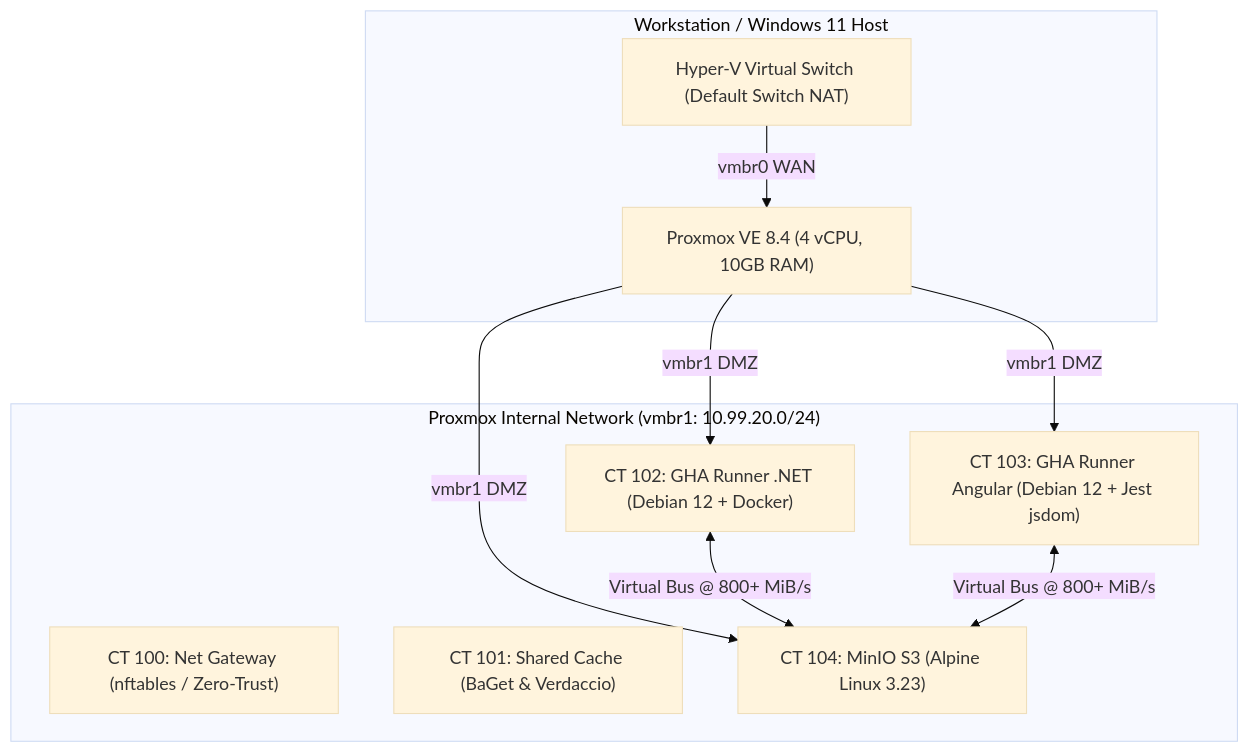
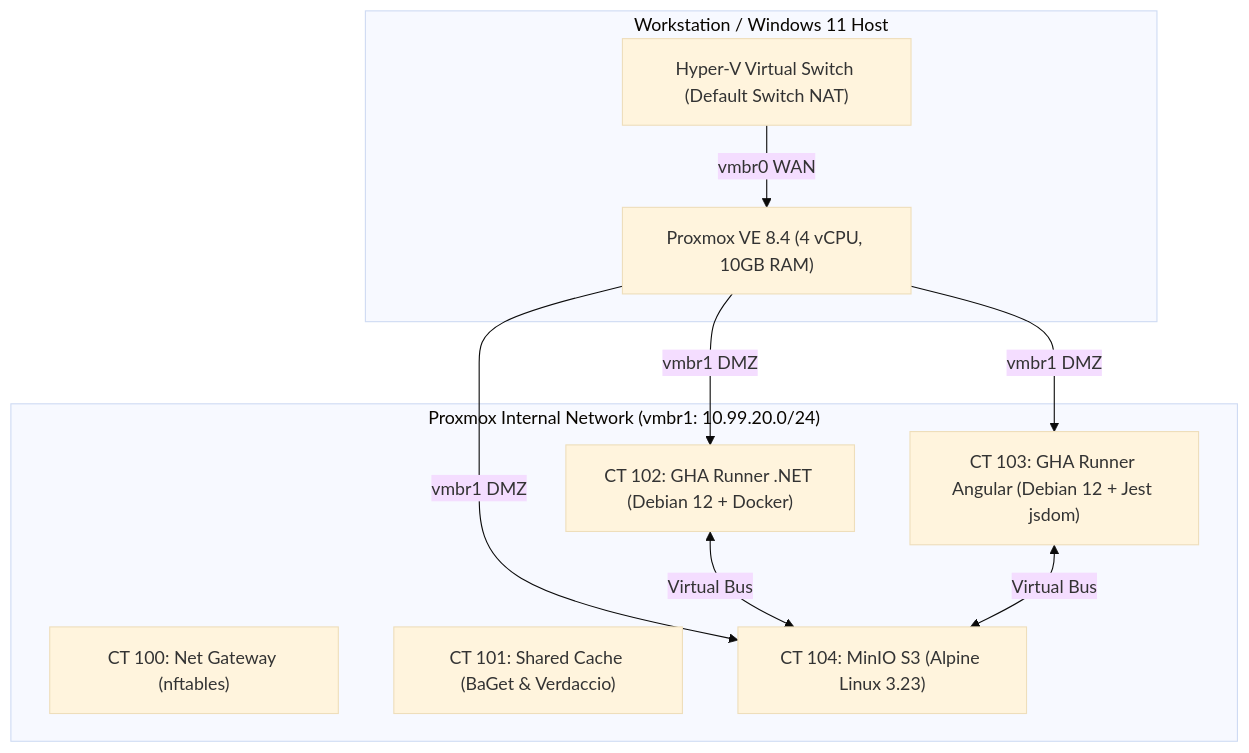
The diagram in wiki/Home.md (ugritchaichana/booth-homelab), drawn with Mermaid (base theme) before and after one commit. The commit also changed other lines of this file and 9 other files, not shown here.

````diff
--- a/wiki/Home.md
+++ b/wiki/Home.md
@@ -22,22 +22,22 @@
 ```mermaid
 graph TD
     subgraph Host ["Workstation / Windows 11 Host"]
         HV["Hyper-V Virtual Switch (Default Switch NAT)"]
         PVE["Proxmox VE 8.4 (4 vCPU, 10GB RAM)"]
     end
 
     subgraph Proxmox ["Proxmox Internal Network (vmbr1: 10.99.20.0/24)"]
-        CT100["CT 100: Net Gateway (nftables / Zero-Trust)"]
+        CT100["CT 100: Net Gateway (nftables)"]
         CT101["CT 101: Shared Cache (BaGet & Verdaccio)"]
         CT102["CT 102: GHA Runner .NET (Debian 12 + Docker)"]
         CT103["CT 103: GHA Runner Angular (Debian 12 + Jest jsdom)"]
         CT104["CT 104: MinIO S3 (Alpine Linux 3.23)"]
     end
 
     HV -->|vmbr0 WAN| PVE
     PVE -->|vmbr1 DMZ| CT102
     PVE -->|vmbr1 DMZ| CT103
     PVE -->|vmbr1 DMZ| CT104
-    CT102 <-->|Virtual Bus @ 800+ MiB/s| CT104
-    CT103 <-->|Virtual Bus @ 800+ MiB/s| CT104
+    CT102 <-->|Virtual Bus| CT104
+    CT103 <-->|Virtual Bus| CT104
 ```
````
